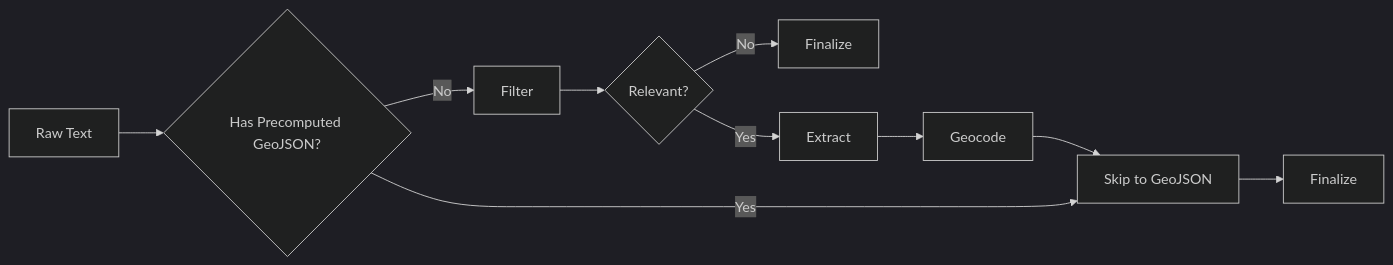
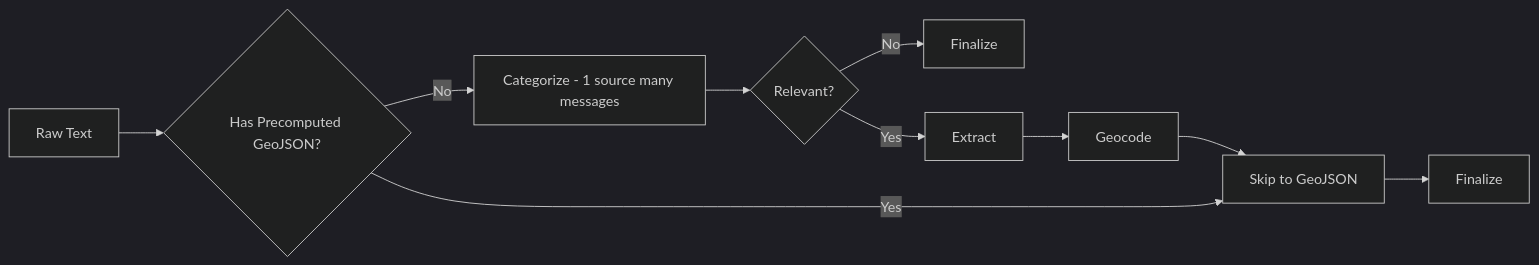
Before and after one commit to vbuch/oboapp: the diagram in AGENTS.md, drawn with Mermaid (dark theme). The commit also changed other lines of this file and 40 other files, not shown here.

First line of the commit message:
Categorize messages (#47)

````diff
--- a/AGENTS.md
+++ b/AGENTS.md
@@ -166,12 +167,12 @@
 ```mermaid
 flowchart LR
     A[Raw Text] --> B{Has Precomputed GeoJSON?}
-    B -->|No| C[Filter]
+    B -->|No| C[Categorize - 1 source many messages]
     B -->|Yes| H[Skip to GeoJSON]
     C --> D{Relevant?}
     D -->|No| E[Finalize]
     D -->|Yes| F[Extract]
     F --> G[Geocode]
     G --> H
     H --> I[Finalize]
 ```
````
